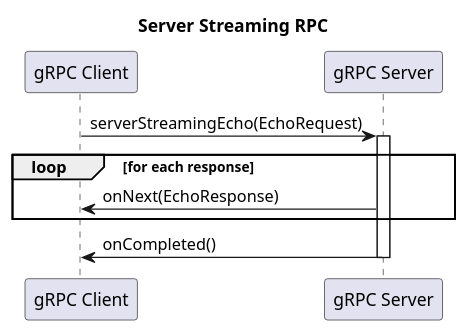
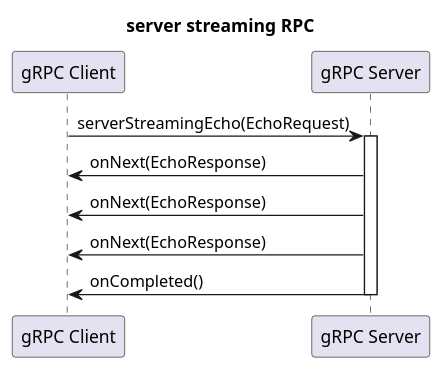
Before and after one commit to c0p4c4b4n4/grpc-grpc-java: the diagram in _raw/example1/images/server_streaming.puml, drawn with PlantUML. The commit also changed 4 other files, not shown here.

```diff
--- a/_raw/example1/images/server_streaming.puml
+++ b/_raw/example1/images/server_streaming.puml
@@ -1,17 +1,16 @@
 @startuml
-title Server Streaming RPC
+title server streaming RPC
 
 participant "gRPC Client" as Client
 participant "gRPC Server" as Server
 
 Client -> Server: serverStreamingEcho(EchoRequest)
+
 activate Server
-
-loop for each response
-  Server -> Client: onNext(EchoResponse)
-end
-
+Server -> Client: onNext(EchoResponse)
+Server -> Client: onNext(EchoResponse)
+Server -> Client: onNext(EchoResponse)
 Server -> Client: onCompleted()
 deactivate Server
 
 @enduml
```
